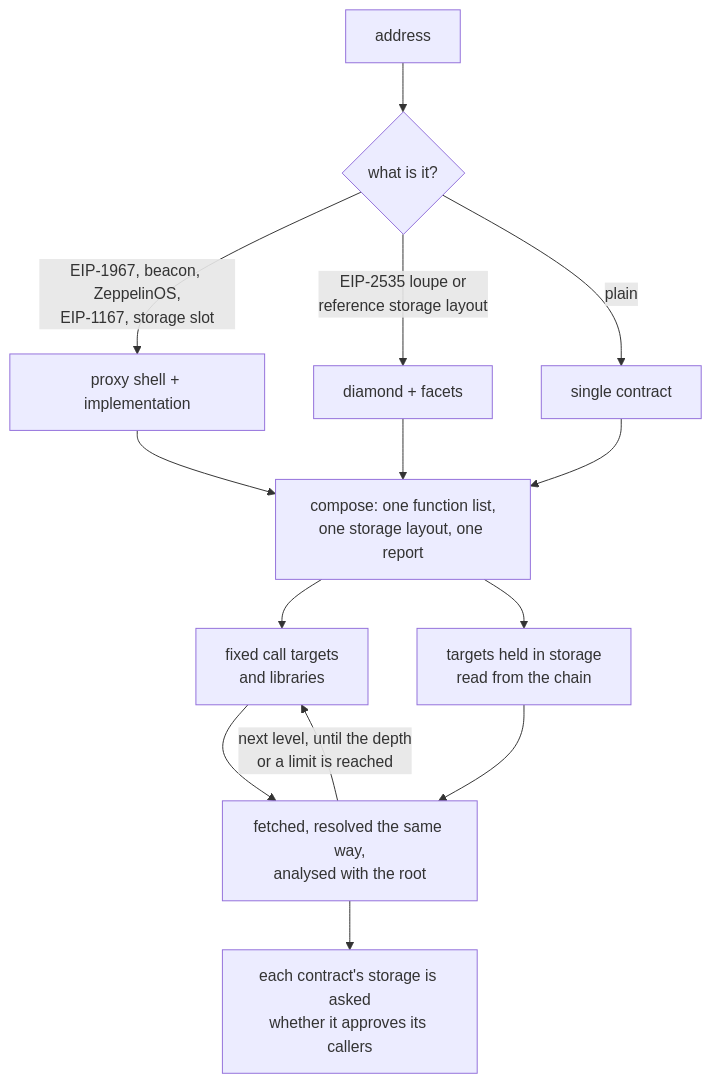
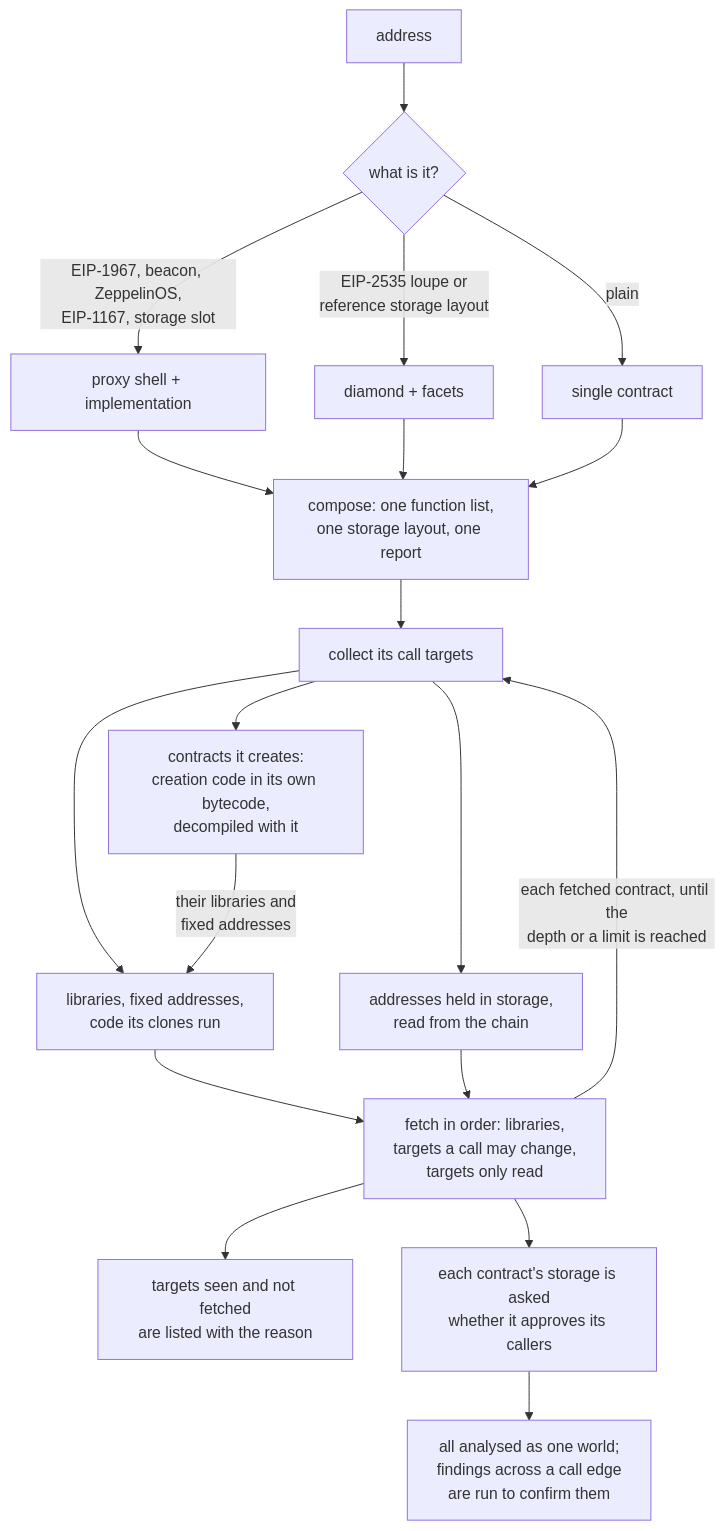
Before and after one commit to rink3y/Evmdec: the second of 2 diagrams in README.md, drawn with Mermaid. The commit also changed other lines of this file, not shown here.

First line of the commit message:
Bring the README up to date with the call-graph walk and its confirmation

````diff
--- a/README.md
+++ b/README.md
@@ -98,16 +103,21 @@
 ```mermaid
 flowchart TD
     A[address] --> B{what is it?}
     B -->|EIP-1967, beacon, ZeppelinOS,<br/>EIP-1167, storage slot| C[proxy shell + implementation]
     B -->|EIP-2535 loupe or<br/>reference storage layout| D[diamond + facets]
     B -->|plain| E[single contract]
     C --> F[compose: one function list,<br/>one storage layout, one report]
     D --> F
     E --> F
-    F --> G[fixed call targets<br/>and libraries]
-    F --> H[targets held in storage<br/>read from the chain]
-    G --> I[fetched, resolved the same way,<br/>analysed with the root]
+    F --> T[collect its call targets]
+    T --> G[libraries, fixed addresses,<br/>code its clones run]
+    T --> H[addresses held in storage,<br/>read from the chain]
+    T --> M[contracts it creates:<br/>creation code in its own bytecode,<br/>decompiled with it]
+    M -->|their libraries and<br/>fixed addresses| G
+    G --> I[fetch in order: libraries,<br/>targets a call may change,<br/>targets only read]
     H --> I
-    I -->|next level, until the depth<br/>or a limit is reached| G
+    I -->|each fetched contract, until the<br/>depth or a limit is reached| T
+    I --> U[targets seen and not fetched<br/>are listed with the reason]
     I --> J[each contract's storage is asked<br/>whether it approves its callers]
+    J --> K[all analysed as one world;<br/>findings across a call edge<br/>are run to confirm them]
 ```
````
